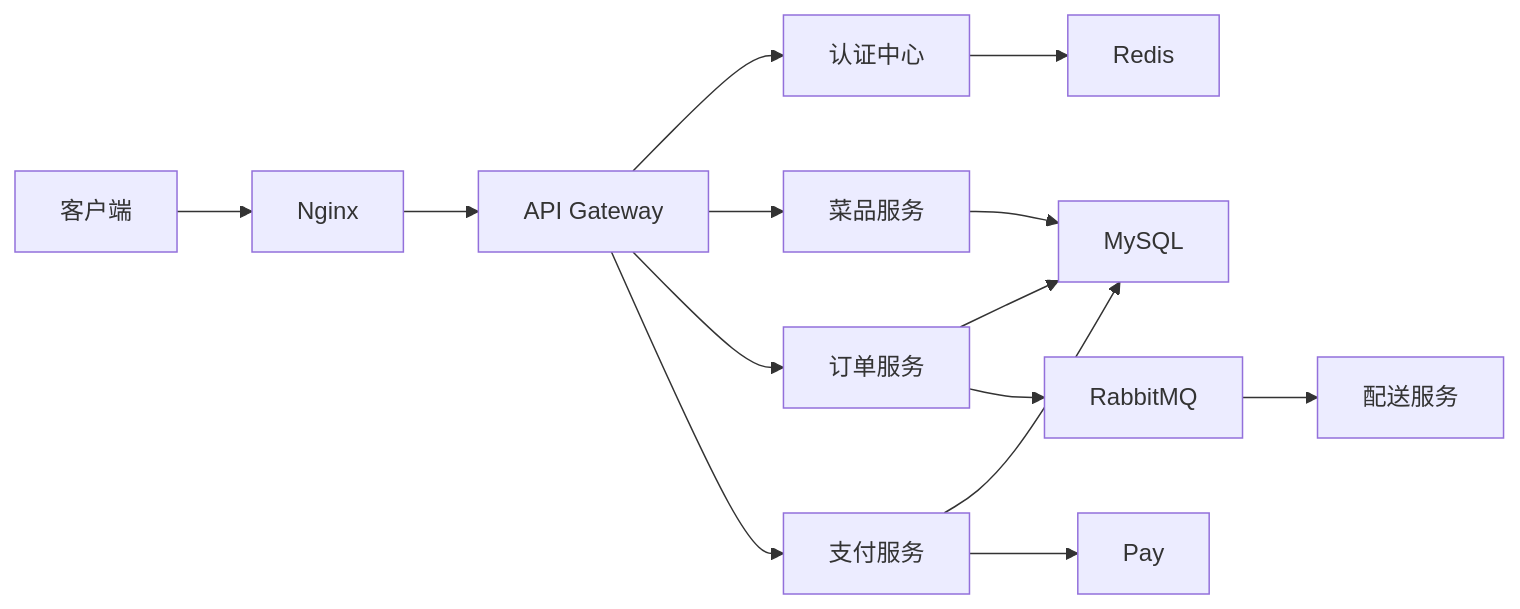
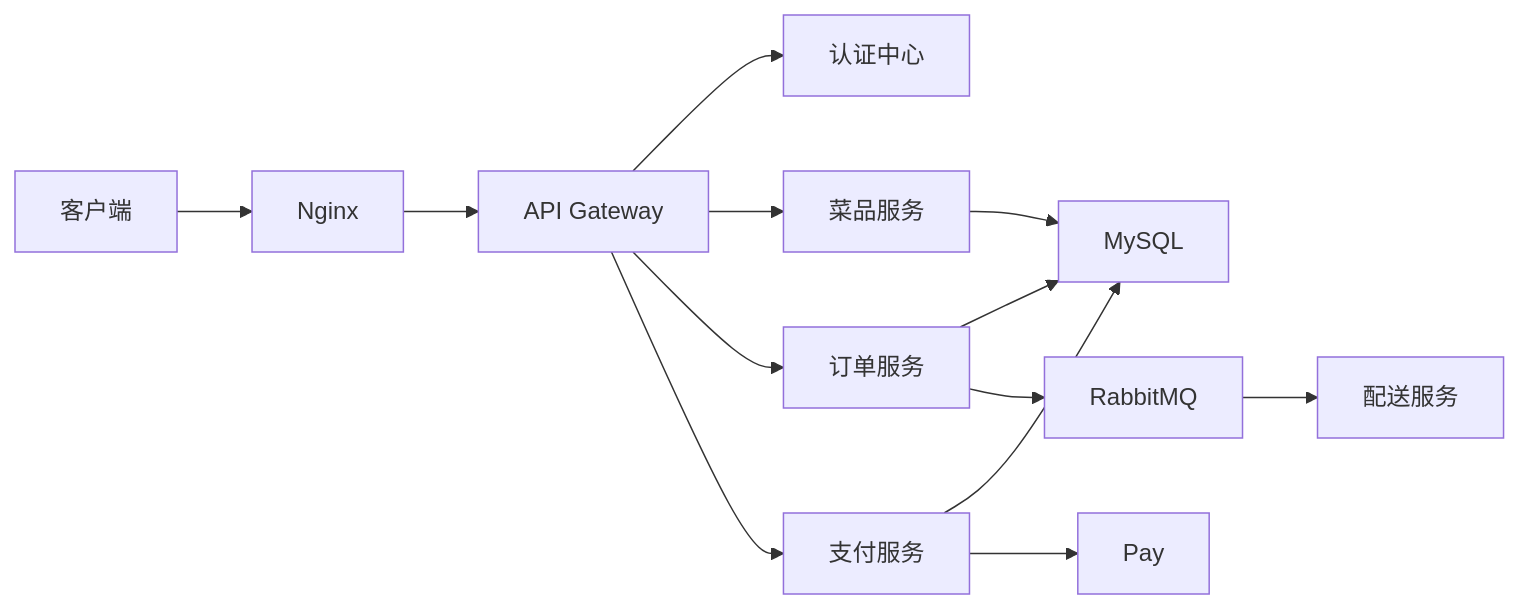
One commit to notpointTT/home-cuisine changed the third of 3 diagrams in README.md. Above: the diagram before and after it, drawn with Mermaid. The commit also changed other lines of this file, not shown here.

````diff
--- a/README.md
+++ b/README.md
@@ -114,14 +113,13 @@
 ```mermaid
 graph LR
     A[客户端] --> B[Nginx]
     B --> C[API Gateway]
     C --> D[认证中心]
     C --> E[菜品服务]
     C --> F[订单服务]
     C --> G[支付服务]
-    D --> H[Redis]
     E & F & G --> I[MySQL]
     G --> J[Pay]
     F --> K[RabbitMQ]
     K --> L[配送服务]
 ```
````
